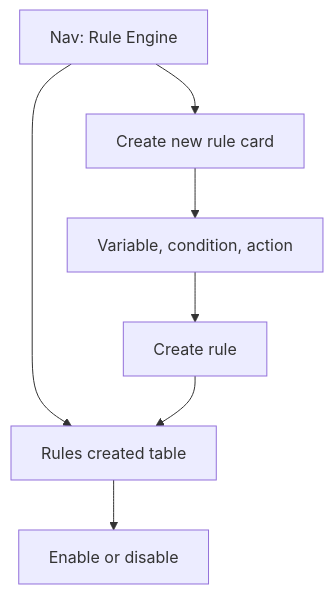
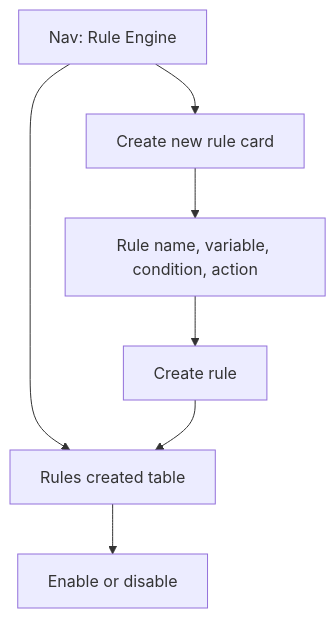
The fourth of 5 diagrams in docs/PRO360_PITCH_PLAN.md (yon-tf/pro360), drawn with Mermaid before and after one commit. The commit also changed other lines of this file and 131 other files, not shown here.

````diff
--- a/docs/PRO360_PITCH_PLAN.md
+++ b/docs/PRO360_PITCH_PLAN.md
@@ -203,10 +215,10 @@
 ```mermaid
 flowchart TD
   Entry["Nav: Rule Engine"]
   Entry --> Create["Create new rule card"]
   Entry --> Table["Rules created table"]
-  Create --> Form["Variable, condition, action"]
+  Create --> Form["Rule name, variable, condition, action"]
   Form --> Save["Create rule"]
   Save --> Table
   Table --> Toggle["Enable or disable"]
 ```
````
